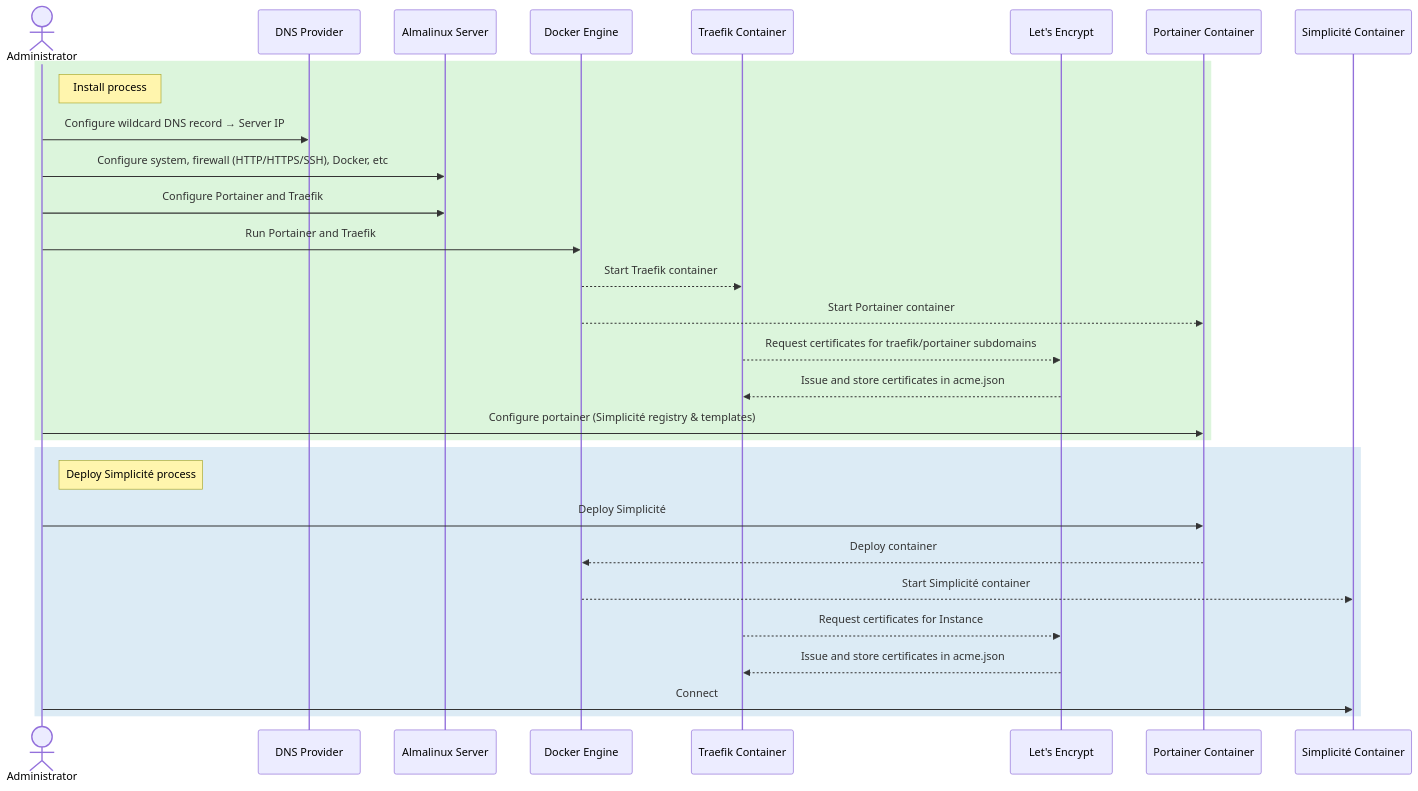
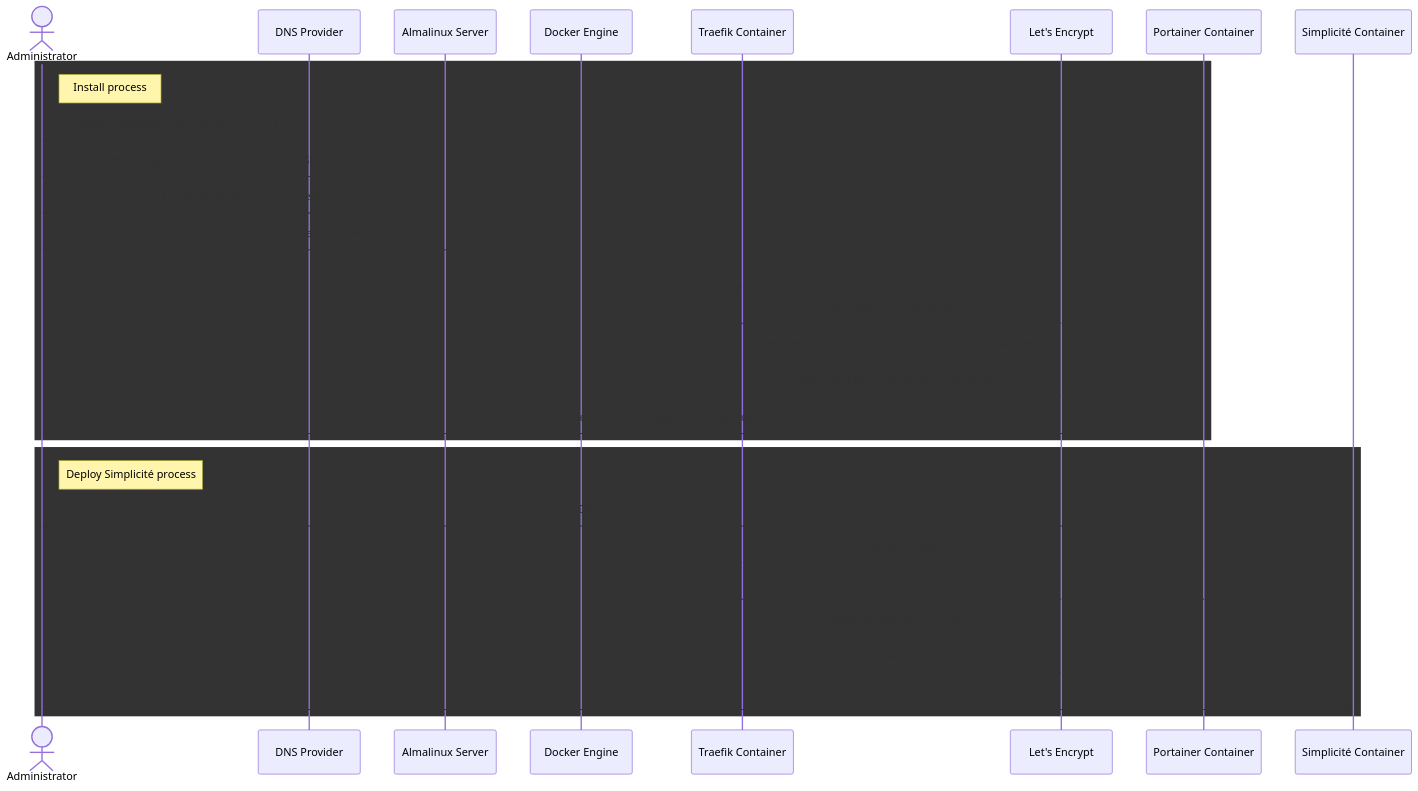
Before and after one commit to simplicitesoftware/documentation: the diagram in docs/docs/operation/portainer.md, drawn with Mermaid. The commit also changed 2 other files, not shown here.

Commit message:
Variable color on diagrams

````diff
--- a/docs/docs/operation/portainer.md
+++ b/docs/docs/operation/portainer.md
@@ -23,36 +23,36 @@
 ```mermaid
 sequenceDiagram
     actor Admin as Administrator
     participant DNS as DNS Provider
     participant Server as Almalinux Server
     participant Docker as Docker Engine
     participant Traefik as Traefik Container
     participant LE as Let's Encrypt
     participant Portainer as Portainer Container
     participant DevInst as Simplicité Container
 
-    rect rgb(220,245,220)
+    rect mermaid-rect-green-200
         note right of Admin: Install process
         Admin->>DNS: Configure wildcard DNS record → Server IP
 
         Admin->>Server: Configure system, firewall (HTTP/HTTPS/SSH), Docker, etc
         Admin->>Server: Configure Portainer and Traefik
         Admin->>Docker: Run Portainer and Traefik
         Docker-->>Traefik: Start Traefik container
         Docker-->>Portainer: Start Portainer container
 
         Traefik-->>LE: Request certificates for traefik/portainer subdomains
         LE-->>Traefik: Issue and store certificates in acme.json
         Admin->>Portainer: Configure portainer (Simplicité registry & templates)
     end
 
-    rect rgb(220,235,245)
+    rect mermaid-rect-blue-300
         note right of Admin: Deploy Simplicité process
         Admin->>Portainer: Deploy Simplicité
         Portainer-->>Docker: Deploy container
         Docker-->>DevInst: Start Simplicité container
         Traefik-->>LE: Request certificates for Instance
         LE-->>Traefik: Issue and store certificates in acme.json
         Admin->>DevInst: Connect
     end
 ```
````
